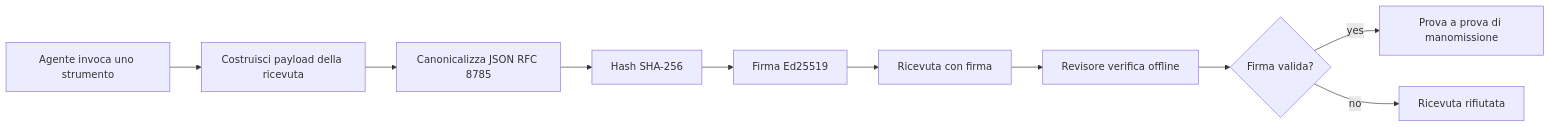
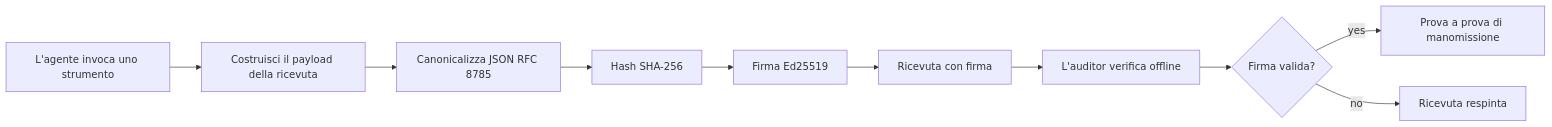
The first of 2 diagrams in mirrors/repos/microsoft@ai-agents-for-beginners/translations/it/18-securing-ai-agents/README.md (gabrielmoreira/agent-skills-mirror), drawn with Mermaid before and after one commit. The commit also changed other lines of this file and 8886 other files, not shown here.

````diff
--- a/mirrors/repos/microsoft@ai-agents-for-beginners/translations/it/18-securing-ai-agents/README.md
+++ b/mirrors/repos/microsoft@ai-agents-for-beginners/translations/it/18-securing-ai-agents/README.md
@@ -51,12 +51,12 @@
 ```mermaid
 flowchart LR
-    A[Agente invoca uno strumento] --> B[Costruisci payload della ricevuta]
+    A[L'agente invoca uno strumento] --> B[Costruisci il payload della ricevuta]
     B --> C[Canonicalizza JSON RFC 8785]
     C --> D[Hash SHA-256]
     D --> E[Firma Ed25519]
     E --> F[Ricevuta con firma]
-    F --> G[Revisore verifica offline]
+    F --> G[L'auditor verifica offline]
     G --> H{Firma valida?}
     H -- yes --> I[Prova a prova di manomissione]
-    H -- no --> J[Ricevuta rifiutata]
+    H -- no --> J[Ricevuta respinta]
 ```
````
